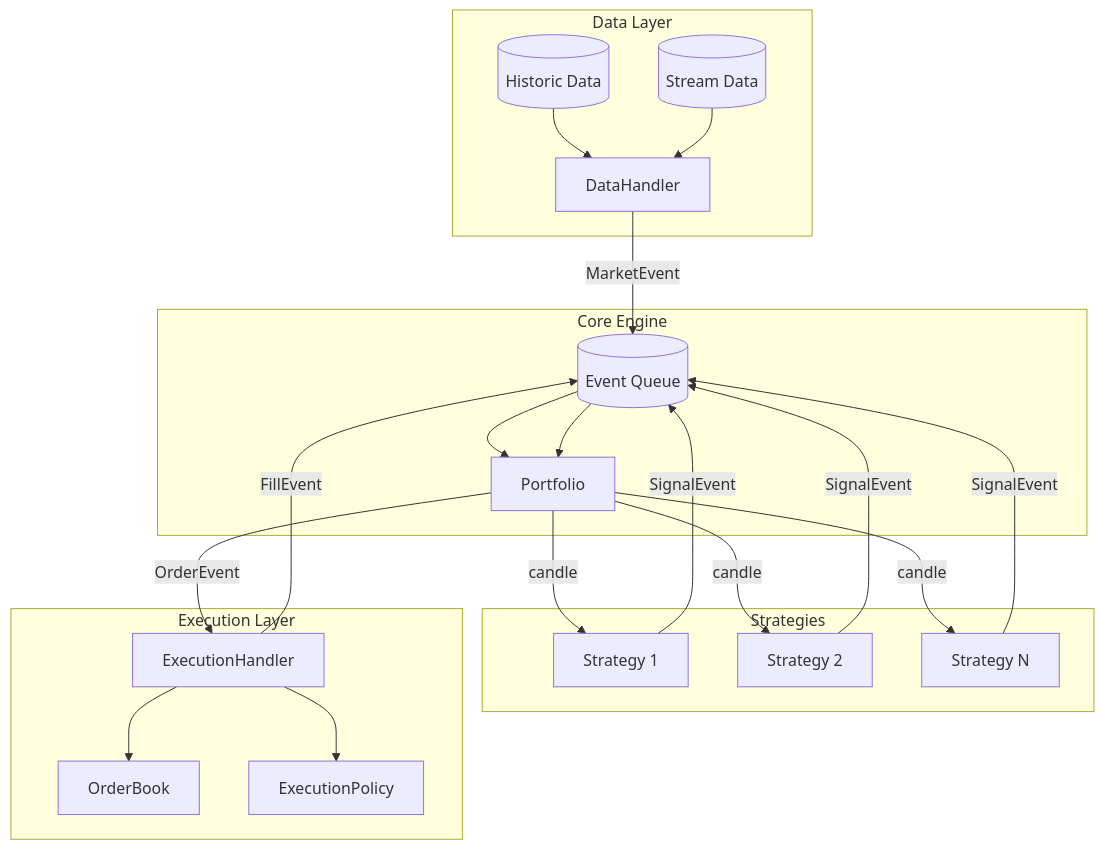
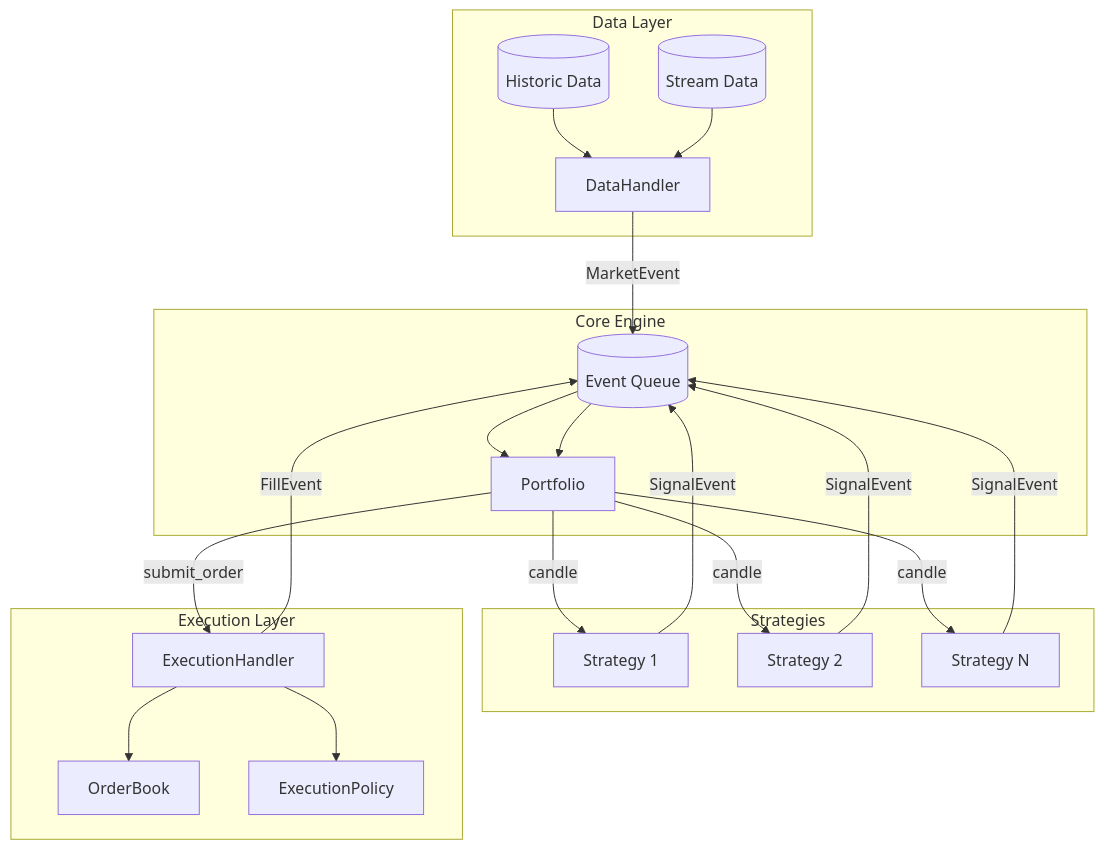
One commit to SeyhmusGuler/goat changed the first of 8 diagrams in ARCHITECTURE.md. Above: the diagram before and after it, drawn with Mermaid. The commit also changed other lines of this file and 2 other files, not shown here.

````diff
--- a/ARCHITECTURE.md
+++ b/ARCHITECTURE.md
@@ -28,37 +28,37 @@
 ```mermaid
 flowchart TB
     subgraph DataLayer["Data Layer"]
         DH[DataHandler]
         HD[(Historic Data)]
         SD[(Stream Data)]
     end
     
     subgraph CoreEngine["Core Engine"]
         P[Portfolio]
         EQ[("Event Queue")]
     end
     
     subgraph Strategies["Strategies"]
         S1[Strategy 1]
         S2[Strategy 2]
         SN[Strategy N]
     end
     
     subgraph Execution["Execution Layer"]
         EH[ExecutionHandler]
         OB[OrderBook]
         EP[ExecutionPolicy]
     end
     
     HD --> DH
     SD --> DH
     DH -->|MarketEvent| EQ
     EQ --> P
     P -->|candle| S1 & S2 & SN
     S1 & S2 & SN -->|SignalEvent| EQ
-    P -->|OrderEvent| EH
+    P -->|submit_order| EH
     EH --> OB
     EH --> EP
     EH -->|FillEvent| EQ
     EQ --> P
 ```
````
